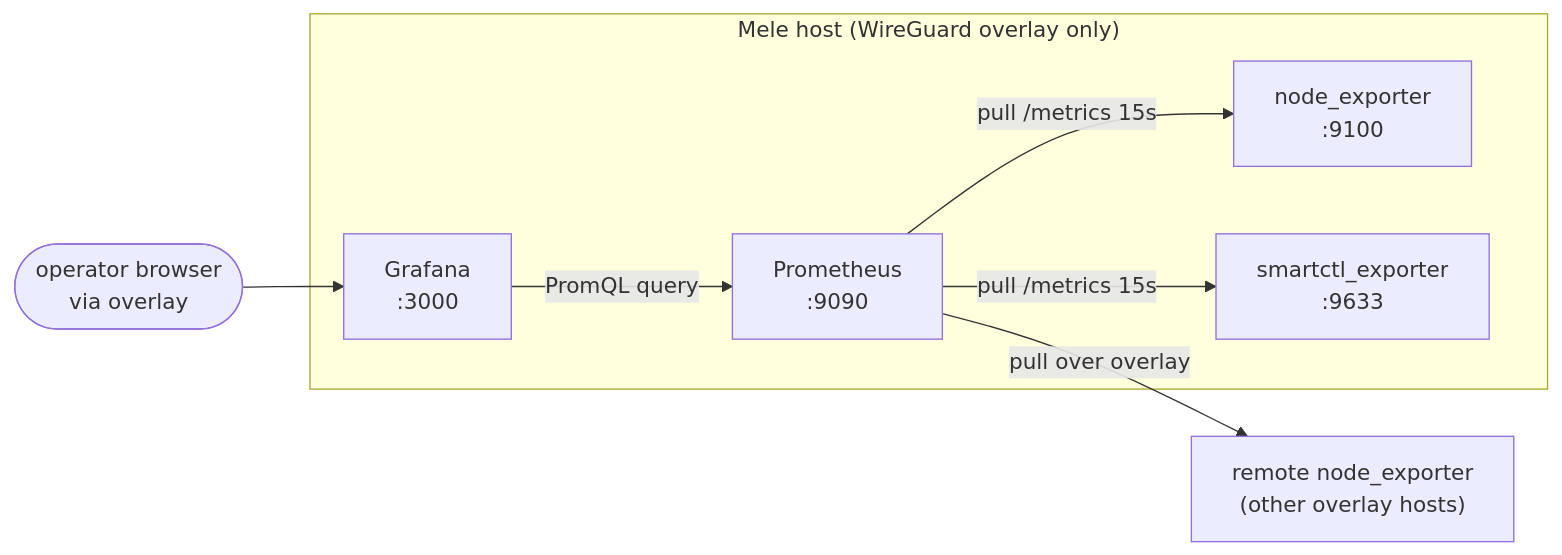
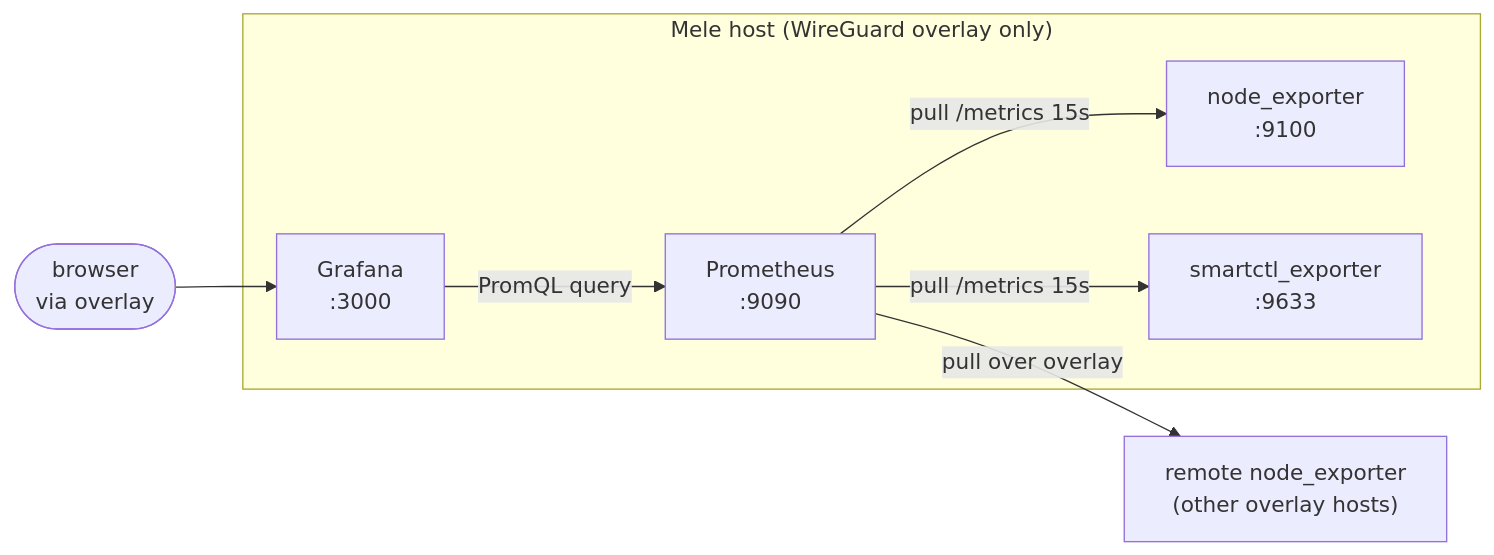
The diagram in projects/monitoring-stack/README.md (geerup/Code), drawn with Mermaid before and after one commit. The commit also changed other lines of this file and 16 other files, not shown here.

````diff
--- a/projects/monitoring-stack/README.md
+++ b/projects/monitoring-stack/README.md
@@ -28,16 +28,16 @@
 ```mermaid
 flowchart LR
   subgraph host["Mele host (WireGuard overlay only)"]
     NE["node_exporter\n:9100"]
     SM["smartctl_exporter\n:9633"]
     PR["Prometheus\n:9090"]
     GR["Grafana\n:3000"]
   end
   R1["remote node_exporter\n(other overlay hosts)"]
 
   PR -->|pull /metrics 15s| NE
   PR -->|pull /metrics 15s| SM
   PR -->|pull over overlay| R1
   GR -->|PromQL query| PR
-  OP(["operator browser\nvia overlay"]) --> GR
+  OP(["browser\nvia overlay"]) --> GR
 ```
````
